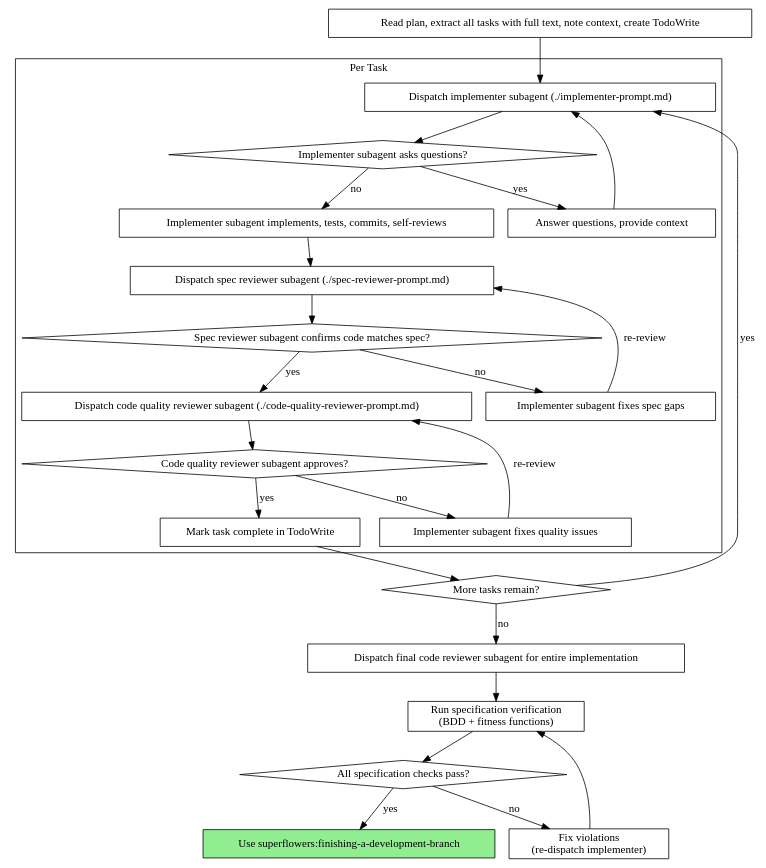
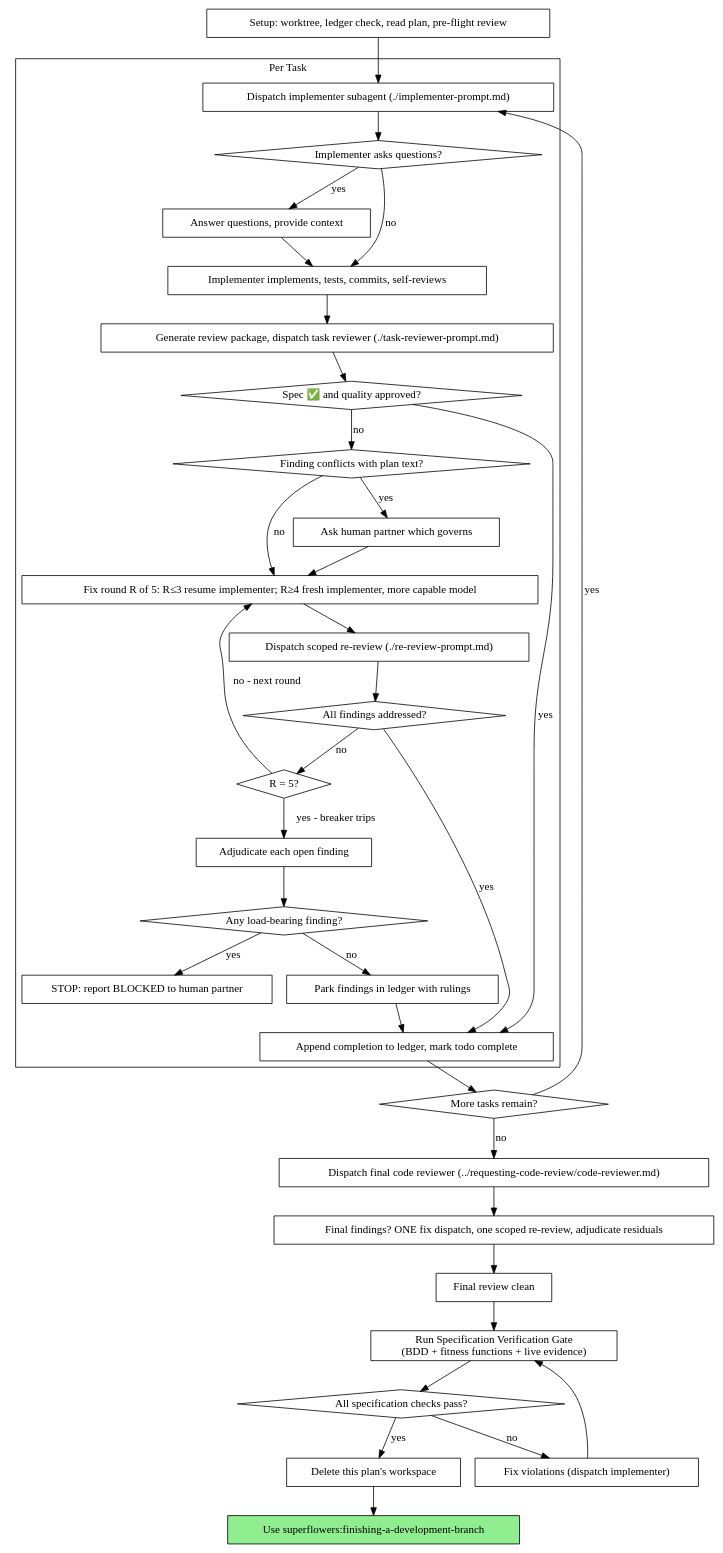
The second of 2 diagrams in skills/subagent-driven-development/SKILL.md (florian23/superflowers), drawn with Graphviz before and after one commit. The commit also changed other lines of this file, not shown here.

Commit message:
sdd: rebuild SKILL.md on v6.2.0 base with spec gate, live evidence, test-first ordering

````diff
--- a/skills/subagent-driven-development/SKILL.md
+++ b/skills/subagent-driven-development/SKILL.md
@@ -42,52 +47,71 @@
 ```dot
 digraph process {
     rankdir=TB;
 
     subgraph cluster_per_task {
         label="Per Task";
         "Dispatch implementer subagent (./implementer-prompt.md)" [shape=box];
-        "Implementer subagent asks questions?" [shape=diamond];
+        "Implementer asks questions?" [shape=diamond];
         "Answer questions, provide context" [shape=box];
-        "Implementer subagent implements, tests, commits, self-reviews" [shape=box];
-        "Dispatch spec reviewer subagent (./spec-reviewer-prompt.md)" [shape=box];
-        "Spec reviewer subagent confirms code matches spec?" [shape=diamond];
-        "Implementer subagent fixes spec gaps" [shape=box];
-        "Dispatch code quality reviewer subagent (./code-quality-reviewer-prompt.md)" [shape=box];
-        "Code quality reviewer subagent approves?" [shape=diamond];
-        "Implementer subagent fixes quality issues" [shape=box];
-        "Mark task complete in TodoWrite" [shape=box];
+        "Implementer implements, tests, commits, self-reviews" [shape=box];
+        "Generate review package, dispatch task reviewer (./task-reviewer-prompt.md)" [shape=box];
+        "Spec ✅ and quality approved?" [shape=diamond];
+        "Finding conflicts with plan text?" [shape=diamond];
+        "Ask human partner which governs" [shape=box];
+        "Fix round R of 5: R≤3 resume implementer; R≥4 fresh implementer, more capable model" [shape=box];
+        "Dispatch scoped re-review (./re-review-prompt.md)" [shape=box];
+        "All findings addressed?" [shape=diamond];
+        "R = 5?" [shape=diamond];
+        "Adjudicate each open finding" [shape=box];
+        "Any load-bearing finding?" [shape=diamond];
+        "STOP: report BLOCKED to human partner" [shape=box];
+        "Park findings in ledger with rulings" [shape=box];
+        "Append completion to ledger, mark todo complete" [shape=box];
     }
 
-    "Read plan, extract all tasks with full text, note context, create TodoWrite" [shape=box];
+    "Setup: worktree, ledger check, read plan, pre-flight review" [shape=box];
     "More tasks remain?" [shape=diamond];
-    "Dispatch final code reviewer subagent for entire implementation" [shape=box];
+    "Dispatch final code reviewer (../requesting-code-review/code-reviewer.md)" [shape=box];
+    "Final findings? ONE fix dispatch, one scoped re-review, adjudicate residuals" [shape=box];
+    "Final review clean" [shape=box];
+    "Run Specification Verification Gate\n(BDD + fitness functions + live evidence)" [shape=box];
+    "All specification checks pass?" [shape=diamond];
+    "Fix violations (dispatch implementer)" [shape=box];
+    "Delete this plan's workspace" [shape=box];
     "Use superflowers:finishing-a-development-branch" [shape=box style=filled fillcolor=lightgreen];
 
-    "Read plan, extract all tasks with full text, note context, create TodoWrite" -> "Dispatch implementer subagent (./implementer-prompt.md)";
-    "Dispatch implementer subagent (./implementer-prompt.md)" -> "Implementer subagent asks questions?";
-    "Implementer subagent asks questions?" -> "Answer questions, provide context" [label="yes"];
-    "Answer questions, provide context" -> "Dispatch implementer subagent (./implementer-prompt.md)";
-    "Implementer subagent asks questions?" -> "Implementer subagent implements, tests, commits, self-reviews" [label="no"];
-    "Implementer subagent implements, tests, commits, self-reviews" -> "Dispatch spec reviewer subagent (./spec-reviewer-prompt.md)";
-    "Dispatch spec reviewer subagent (./spec-reviewer-prompt.md)" -> "Spec reviewer subagent confirms code matches spec?";
-    "Spec reviewer subagent confirms code matches spec?" -> "Implementer subagent fixes spec gaps" [label="no"];
-    "Implementer subagent fixes spec gaps" -> "Dispatch spec reviewer subagent (./spec-reviewer-prompt.md)" [label="re-review"];
-    "Spec reviewer subagent confirms code matches spec?" -> "Dispatch code quality reviewer subagent (./code-quality-reviewer-prompt.md)" [label="yes"];
-    "Dispatch code quality reviewer subagent (./code-quality-reviewer-prompt.md)" -> "Code quality reviewer subagent approves?";
-    "Code quality reviewer subagent approves?" -> "Implementer subagent fixes quality issues" [label="no"];
-    "Implementer subagent fixes quality issues" -> "Dispatch code quality reviewer subagent (./code-quality-reviewer-prompt.md)" [label="re-review"];
-    "Code quality reviewer subagent approves?" -> "Mark task complete in TodoWrite" [label="yes"];
-    "Mark task complete in TodoWrite" -> "More tasks remain?";
-    "Run specification verification\n(BDD + fitness functions)" [shape=box];
-    "All specification checks pass?" [shape=diamond];
-    "Fix violations\n(re-dispatch implementer)" [shape=box];
-
+    "Setup: worktree, ledger check, read plan, pre-flight review" -> "Dispatch implementer subagent (./implementer-prompt.md)";
+    "Dispatch implementer subagent (./implementer-prompt.md)" -> "Implementer asks questions?";
+    "Implementer asks questions?" -> "Answer questions, provide context" [label="yes"];
+    "Answer questions, provide context" -> "Implementer implements, tests, commits, self-reviews";
+    "Implementer asks questions?" -> "Implementer implements, tests, commits, self-reviews" [label="no"];
+    "Implementer implements, tests, commits, self-reviews" -> "Generate review package, dispatch task reviewer (./task-reviewer-prompt.md)";
+    "Generate review package, dispatch task reviewer (./task-reviewer-prompt.md)" -> "Spec ✅ and quality approved?";
+    "Spec ✅ and quality approved?" -> "Append completion to ledger, mark todo complete" [label="yes"];
+    "Spec ✅ and quality approved?" -> "Finding conflicts with plan text?" [label="no"];
+    "Finding conflicts with plan text?" -> "Ask human partner which governs" [label="yes"];
+    "Ask human partner which governs" -> "Fix round R of 5: R≤3 resume implementer; R≥4 fresh implementer, more capable model";
+    "Finding conflicts with plan text?" -> "Fix round R of 5: R≤3 resume implementer; R≥4 fresh implementer, more capable model" [label="no"];
+    "Fix round R of 5: R≤3 resume implementer; R≥4 fresh implementer, more capable model" -> "Dispatch scoped re-review (./re-review-prompt.md)";
+    "Dispatch scoped re-review (./re-review-prompt.md)" -> "All findings addressed?";
+    "All findings addressed?" -> "Append completion to ledger, mark todo complete" [label="yes"];
+    "All findings addressed?" -> "R = 5?" [label="no"];
+    "R = 5?" -> "Fix round R of 5: R≤3 resume implementer; R≥4 fresh implementer, more capable model" [label="no - next round"];
+    "R = 5?" -> "Adjudicate each open finding" [label="yes - breaker trips"];
+    "Adjudicate each open finding" -> "Any load-bearing finding?";
+    "Any load-bearing finding?" -> "STOP: report BLOCKED to human partner" [label="yes"];
+    "Any load-bearing finding?" -> "Park findings in ledger with rulings" [label="no"];
+    "Park findings in ledger with rulings" -> "Append completion to ledger, mark todo complete";
+    "Append completion to ledger, mark todo complete" -> "More tasks remain?";
     "More tasks remain?" -> "Dispatch implementer subagent (./implementer-prompt.md)" [label="yes"];
-    "More tasks remain?" -> "Dispatch final code reviewer subagent for entire implementation" [label="no"];
-    "Dispatch final code reviewer subagent for entire implementation" -> "Run specification verification\n(BDD + fitness functions)";
-    "Run specification verification\n(BDD + fitness functions)" -> "All specification checks pass?";
-    "All specification checks pass?" -> "Use superflowers:finishing-a-development-branch" [label="yes"];
-    "All specification checks pass?" -> "Fix violations\n(re-dispatch implementer)" [label="no"];
-    "Fix violations\n(re-dispatch implementer)" -> "Run specification verification\n(BDD + fitness functions)";
+    "More tasks remain?" -> "Dispatch final code reviewer (../requesting-code-review/code-reviewer.md)" [label="no"];
+    "Dispatch final code reviewer (../requesting-code-review/code-reviewer.md)" -> "Final findings? ONE fix dispatch, one scoped re-review, adjudicate residuals";
+    "Final findings? ONE fix dispatch, one scoped re-review, adjudicate residuals" -> "Final review clean";
+    "Final review clean" -> "Run Specification Verification Gate\n(BDD + fitness functions + live evidence)";
+    "Run Specification Verification Gate\n(BDD + fitness functions + live evidence)" -> "All specification checks pass?";
+    "All specification checks pass?" -> "Delete this plan's workspace" [label="yes"];
+    "All specification checks pass?" -> "Fix violations (dispatch implementer)" [label="no"];
+    "Fix violations (dispatch implementer)" -> "Run Specification Verification Gate\n(BDD + fitness functions + live evidence)";
+    "Delete this plan's workspace" -> "Use superflowers:finishing-a-development-branch";
 }
 ```
````
